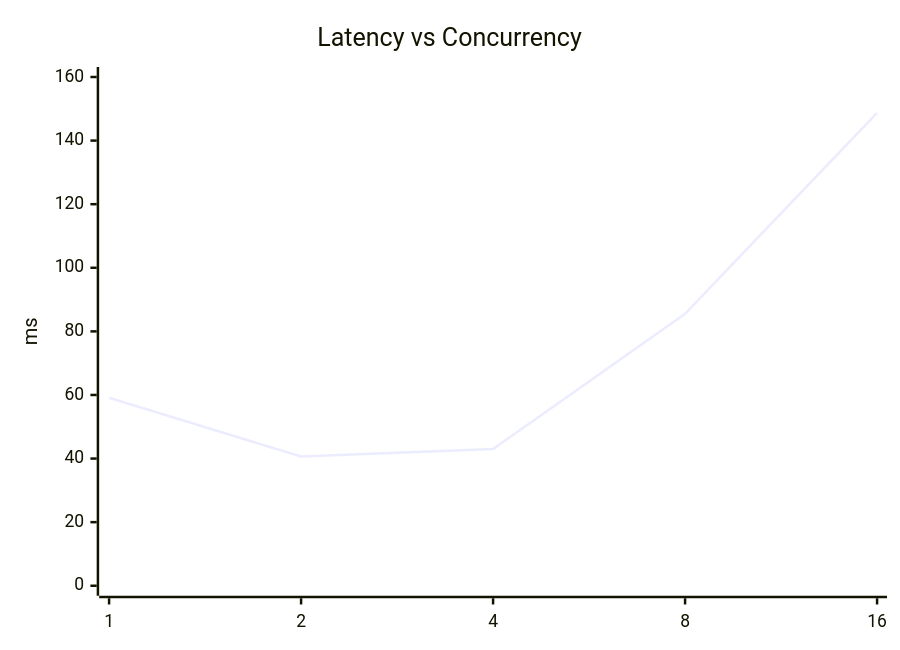
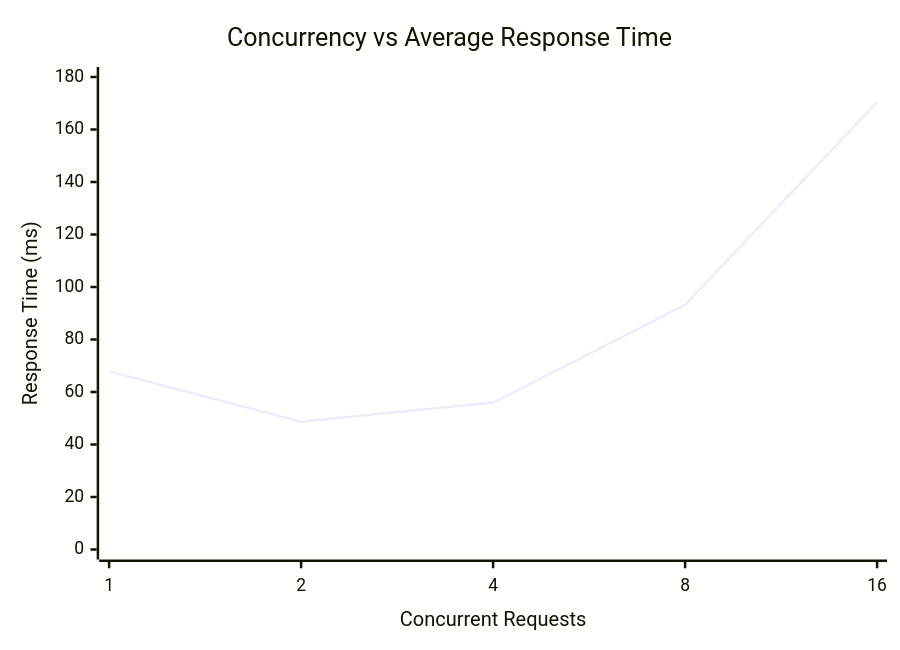
Before and after one commit to chaitanya-m5/CC-hospital-microservices: the second of 4 diagrams in README.md, drawn with Mermaid. The commit also changed other lines of this file, not shown here.

````diff
--- a/README.md
+++ b/README.md
@@ -107,7 +182,7 @@
 ```mermaid
 xychart-beta
-    title "Latency vs Concurrency"
-    x-axis [1, 2, 4, 8, 16]
-    y-axis "ms" 0 --> 160
-    line [59.13, 40.65, 42.99, 85.53, 148.72]
+    title "Concurrency vs Average Response Time"
+    x-axis "Concurrent Requests" [1, 2, 4, 8, 16]
+    y-axis "Response Time (ms)" 0 --> 180
+    line [67.87, 48.70, 55.97, 93.16, 170.43]
 ```
````
